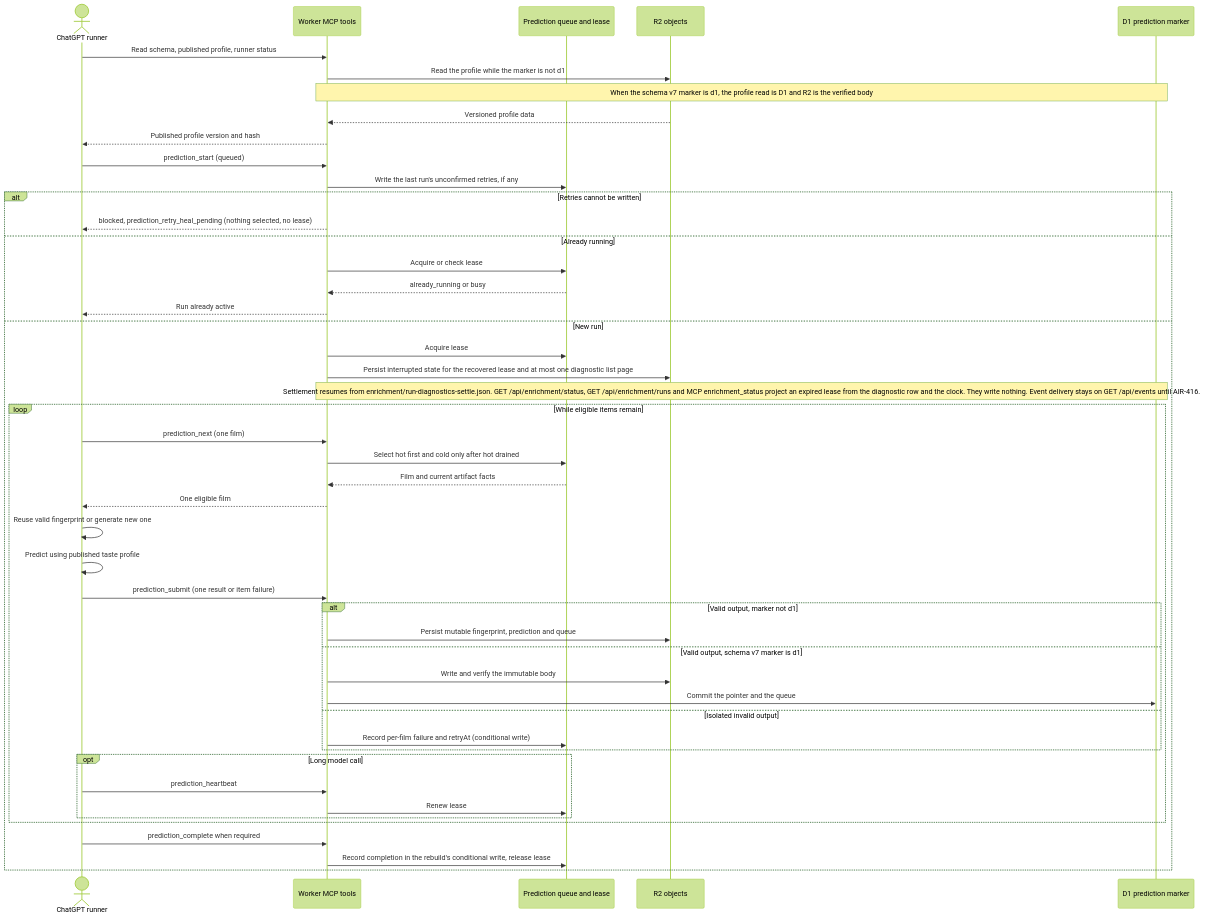
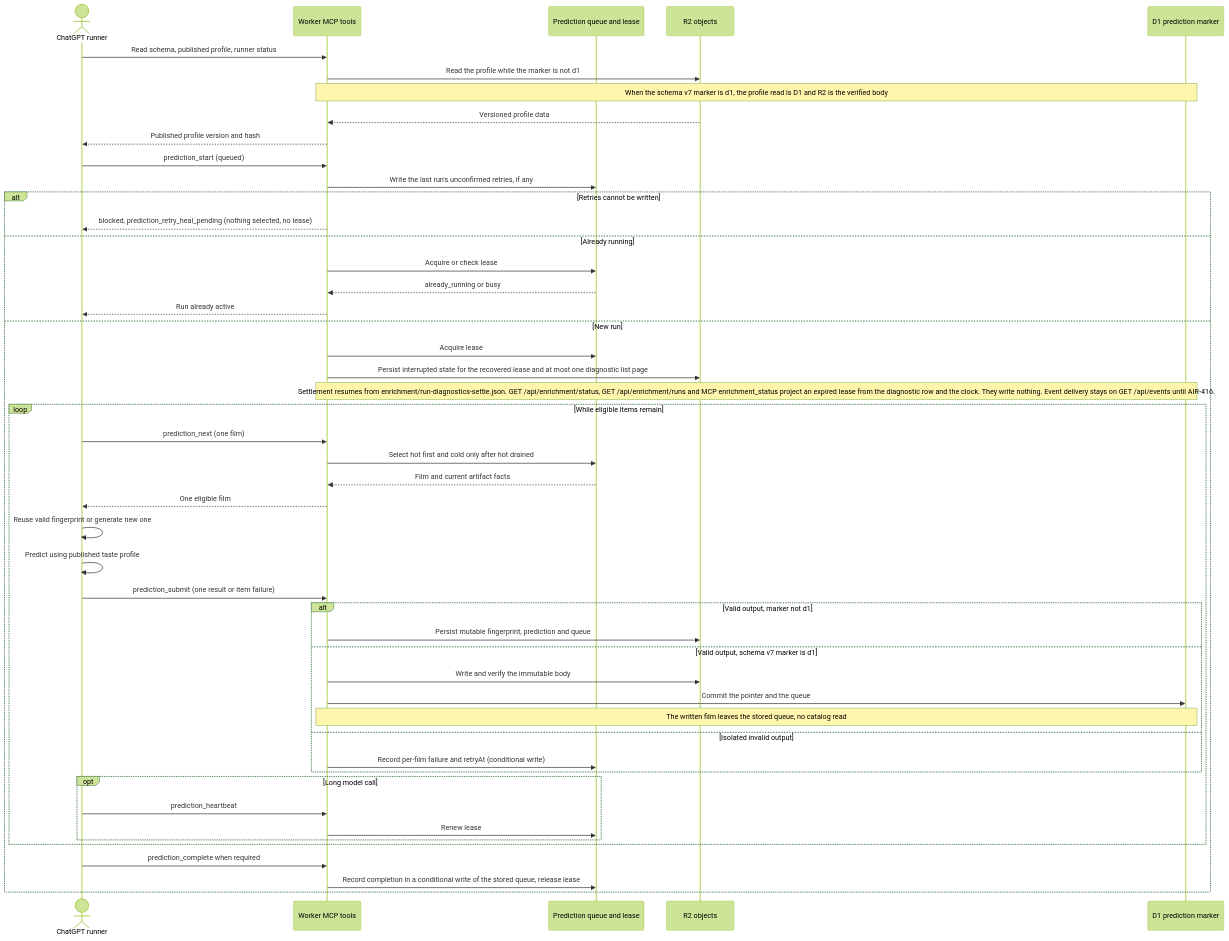
The first of 2 diagrams in docs/architecture/prediction-pipeline.md (vladimino/iptv-watchlist), drawn with Mermaid (forest theme) before and after one commit. The commit also changed other lines of this file and 14 other files, not shown here.

````diff
--- a/docs/architecture/prediction-pipeline.md
+++ b/docs/architecture/prediction-pipeline.md
@@ -5,49 +5,50 @@
 ```mermaid
 sequenceDiagram
     actor Client as ChatGPT runner
     participant MCP as Worker MCP tools
     participant Queue as Prediction queue and lease
     participant R2 as R2 objects
     participant D1 as D1 prediction marker
     Client->>MCP: Read schema, published profile, runner status
     MCP->>R2: Read the profile while the marker is not d1
     Note over MCP,D1: When the schema v7 marker is d1, the profile read is D1 and R2 is the verified body
     R2-->>MCP: Versioned profile data
     MCP-->>Client: Published profile version and hash
     Client->>MCP: prediction_start (queued)
     MCP->>Queue: Write the last run's unconfirmed retries, if any
     alt Retries cannot be written
         MCP-->>Client: blocked, prediction_retry_heal_pending (nothing selected, no lease)
     else Already running
         MCP->>Queue: Acquire or check lease
         Queue-->>MCP: already_running or busy
         MCP-->>Client: Run already active
     else New run
         MCP->>Queue: Acquire lease
         MCP->>R2: Persist interrupted state for the recovered lease and at most one diagnostic list page
         Note over MCP,D1: Settlement resumes from enrichment/run-diagnostics-settle.json. GET /api/enrichment/status, GET /api/enrichment/runs and MCP enrichment_status project an expired lease from the diagnostic row and the clock. They write nothing. Event delivery stays on GET /api/events until AIR-416.
         loop While eligible items remain
             Client->>MCP: prediction_next (one film)
             MCP->>Queue: Select hot first and cold only after hot drained
             Queue-->>MCP: Film and current artifact facts
             MCP-->>Client: One eligible film
             Client->>Client: Reuse valid fingerprint or generate new one
             Client->>Client: Predict using published taste profile
             Client->>MCP: prediction_submit (one result or item failure)
             alt Valid output, marker not d1
                 MCP->>R2: Persist mutable fingerprint, prediction and queue
             else Valid output, schema v7 marker is d1
                 MCP->>R2: Write and verify the immutable body
                 MCP->>D1: Commit the pointer and the queue
+                Note over MCP,D1: The written film leaves the stored queue, no catalog read
             else Isolated invalid output
                 MCP->>Queue: Record per-film failure and retryAt (conditional write)
             end
             opt Long model call
                 Client->>MCP: prediction_heartbeat
                 MCP->>Queue: Renew lease
             end
         end
         Client->>MCP: prediction_complete when required
-        MCP->>Queue: Record completion in the rebuild's conditional write, release lease
+        MCP->>Queue: Record completion in a conditional write of the stored queue, release lease
     end
 ```
````
